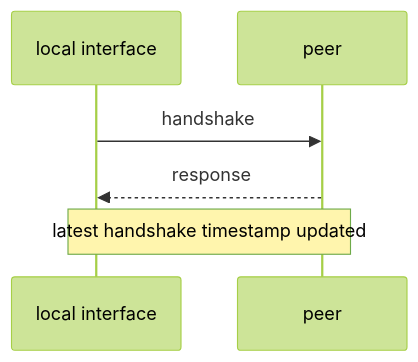
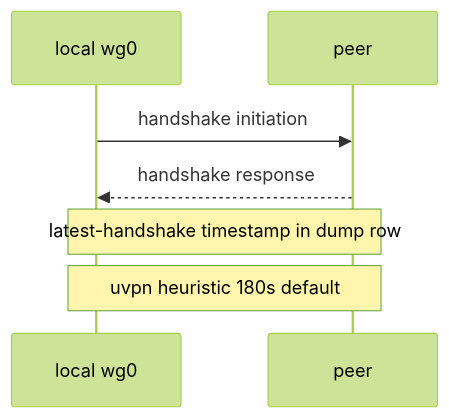
The second of 4 diagrams in docs/vpn-solutions/wireguard.md (roto31/Tunnel-Monitor---Universal), drawn with Mermaid (forest theme) before and after one commit. The commit also changed other lines of this file and 25 other files, not shown here.

First line of the commit message:
Docs: add vendor citations, topology SVGs, and updated Mermaid.

````diff
--- a/docs/vpn-solutions/wireguard.md
+++ b/docs/vpn-solutions/wireguard.md
@@ -30,8 +36,9 @@
 ```mermaid
 sequenceDiagram
-    participant IF as local interface
+    participant IF as local wg0
     participant P as peer
-    IF->>P: handshake
-    P-->>IF: response
-    Note over IF,P: latest handshake timestamp updated
+    IF->>P: handshake initiation
+    P-->>IF: handshake response
+    Note over IF,P: latest-handshake timestamp in dump row
+    Note over IF,P: uvpn heuristic 180s default
 ```
````
